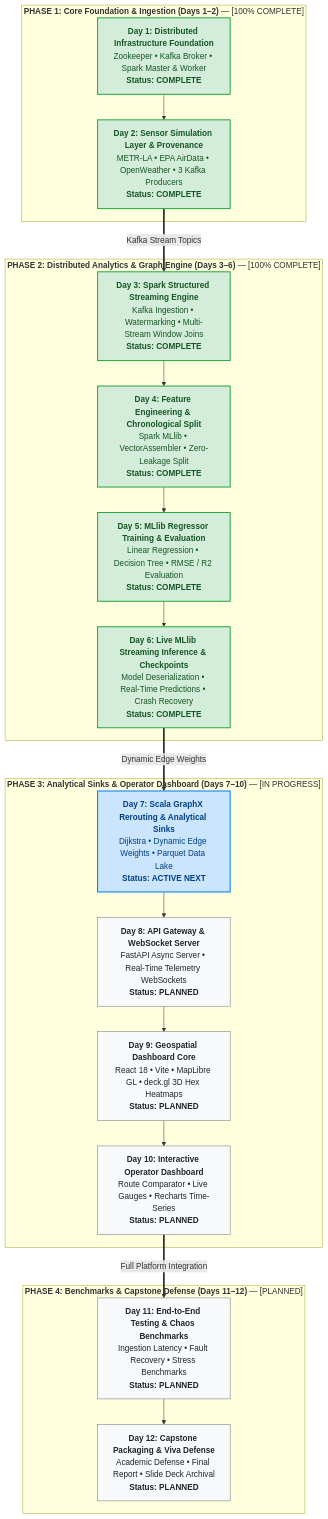
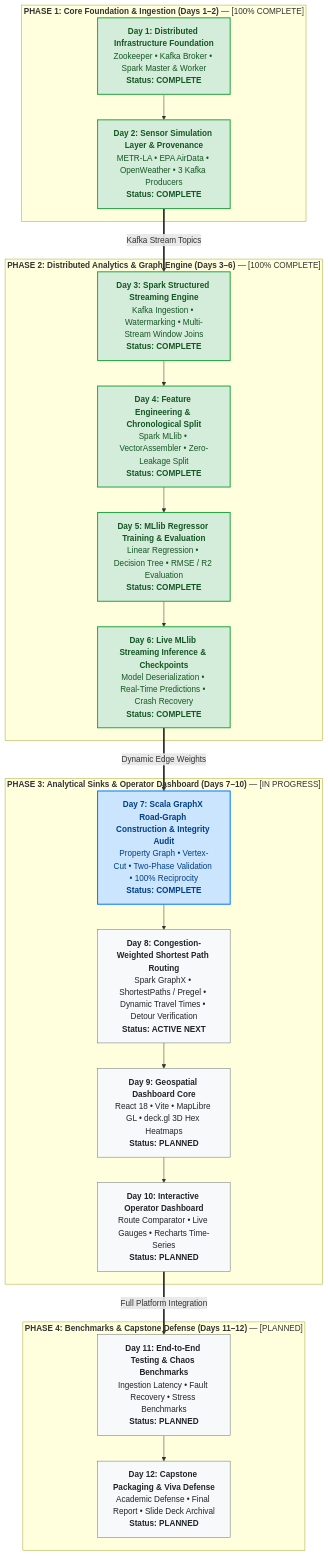
One commit to charan21042005/urbanix changed the diagram in _day-notes/README.md. Above: the diagram before and after it, drawn with Mermaid. The commit also changed other lines of this file and 13 other files, not shown here.

````diff
--- a/_day-notes/README.md
+++ b/_day-notes/README.md
@@ -21,53 +21,53 @@
 ```mermaid
 graph TD
     %% Phase 1: Core Foundation & Ingestion
     subgraph P1["<b>PHASE 1: Core Foundation & Ingestion (Days 1–2)</b> — [100% COMPLETE]"]
         D1["<b>Day 1: Distributed Infrastructure Foundation</b><br>Zookeeper • Kafka Broker • Spark Master & Worker<br><b>Status: COMPLETE</b>"]
         D2["<b>Day 2: Sensor Simulation Layer & Provenance</b><br>METR-LA • EPA AirData • OpenWeather • 3 Kafka Producers<br><b>Status: COMPLETE</b>"]
         D1 --> D2
     end
 
     %% Phase 2: Distributed Analytics & Graph Engine
     subgraph P2["<b>PHASE 2: Distributed Analytics & Graph Engine (Days 3–6)</b> — [100% COMPLETE]"]
         D3["<b>Day 3: Spark Structured Streaming Engine</b><br>Kafka Ingestion • Watermarking • Multi-Stream Window Joins<br><b>Status: COMPLETE</b>"]
         D4["<b>Day 4: Feature Engineering & Chronological Split</b><br>Spark MLlib • VectorAssembler • Zero-Leakage Split<br><b>Status: COMPLETE</b>"]
         D5["<b>Day 5: MLlib Regressor Training & Evaluation</b><br>Linear Regression • Decision Tree • RMSE / R2 Evaluation<br><b>Status: COMPLETE</b>"]
         D6["<b>Day 6: Live MLlib Streaming Inference & Checkpoints</b><br>Model Deserialization • Real-Time Predictions • Crash Recovery<br><b>Status: COMPLETE</b>"]
         D3 --> D4 --> D5 --> D6
     end
 
     %% Phase 3: Analytical Sinks & Operator Dashboard
     subgraph P3["<b>PHASE 3: Analytical Sinks & Operator Dashboard (Days 7–10)</b> — [IN PROGRESS]"]
-        D7["<b>Day 7: Scala GraphX Rerouting & Analytical Sinks</b><br>Dijkstra • Dynamic Edge Weights • Parquet Data Lake<br><b>Status: ACTIVE NEXT</b>"]
-        D8["<b>Day 8: API Gateway & WebSocket Server</b><br>FastAPI Async Server • Real-Time Telemetry WebSockets<br><b>Status: PLANNED</b>"]
+        D7["<b>Day 7: Scala GraphX Road-Graph Construction & Integrity Audit</b><br>Property Graph • Vertex-Cut • Two-Phase Validation • 100% Reciprocity<br><b>Status: COMPLETE</b>"]
+        D8["<b>Day 8: Congestion-Weighted Shortest Path Routing</b><br>Spark GraphX • ShortestPaths / Pregel • Dynamic Travel Times • Detour Verification<br><b>Status: ACTIVE NEXT</b>"]
         D9["<b>Day 9: Geospatial Dashboard Core</b><br>React 18 • Vite • MapLibre GL • deck.gl 3D Hex Heatmaps<br><b>Status: PLANNED</b>"]
         D10["<b>Day 10: Interactive Operator Dashboard</b><br>Route Comparator • Live Gauges • Recharts Time-Series<br><b>Status: PLANNED</b>"]
         D7 --> D8 --> D9 --> D10
     end
 
     %% Phase 4: Benchmarks & Defense
     subgraph P4["<b>PHASE 4: Benchmarks & Capstone Defense (Days 11–12)</b> — [PLANNED]"]
         D11["<b>Day 11: End-to-End Testing & Chaos Benchmarks</b><br>Ingestion Latency • Fault Recovery • Stress Benchmarks<br><b>Status: PLANNED</b>"]
         D12["<b>Day 12: Capstone Packaging & Viva Defense</b><br>Academic Defense • Final Report • Slide Deck Archival<br><b>Status: PLANNED</b>"]
         D11 --> D12
     end
 
     %% Inter-Phase Transitions
     D2 ==>|Kafka Stream Topics| D3
     D6 ==>|Dynamic Edge Weights| D7
     D10 ==>|Full Platform Integration| D11
 
     %% Explicit High-Contrast Styling (Guaranteed Readability in Light & Dark Themes)
     style D1 fill:#d4edda,stroke:#28a745,stroke-width:2px,color:#155724
     style D2 fill:#d4edda,stroke:#28a745,stroke-width:2px,color:#155724
     style D3 fill:#d4edda,stroke:#28a745,stroke-width:2px,color:#155724
     style D4 fill:#d4edda,stroke:#28a745,stroke-width:2px,color:#155724
     style D5 fill:#d4edda,stroke:#28a745,stroke-width:2px,color:#155724
     style D6 fill:#d4edda,stroke:#28a745,stroke-width:2px,color:#155724
     style D7 fill:#cce5ff,stroke:#007bff,stroke-width:2px,color:#004085
     style D8 fill:#f8f9fa,stroke:#6c757d,stroke-width:1px,color:#212529
     style D9 fill:#f8f9fa,stroke:#6c757d,stroke-width:1px,color:#212529
     style D10 fill:#f8f9fa,stroke:#6c757d,stroke-width:1px,color:#212529
     style D11 fill:#f8f9fa,stroke:#6c757d,stroke-width:1px,color:#212529
     style D12 fill:#f8f9fa,stroke:#6c757d,stroke-width:1px,color:#212529
 ```
````
